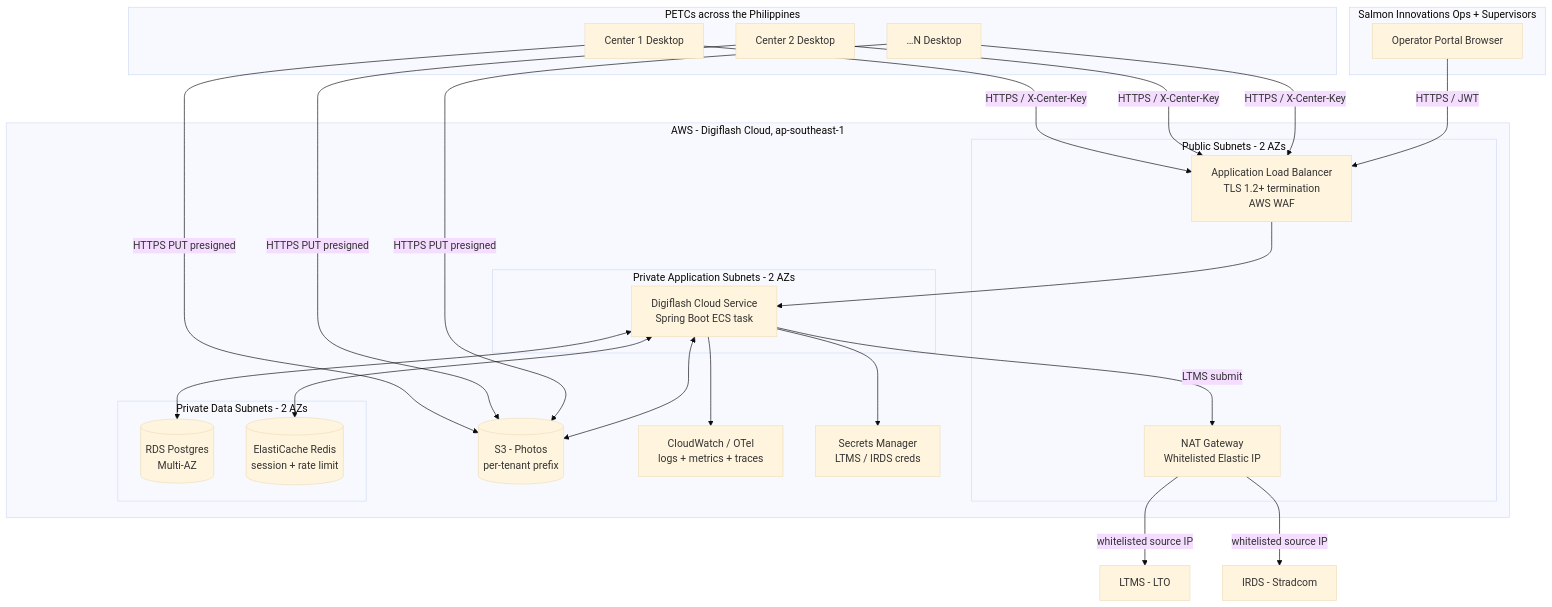
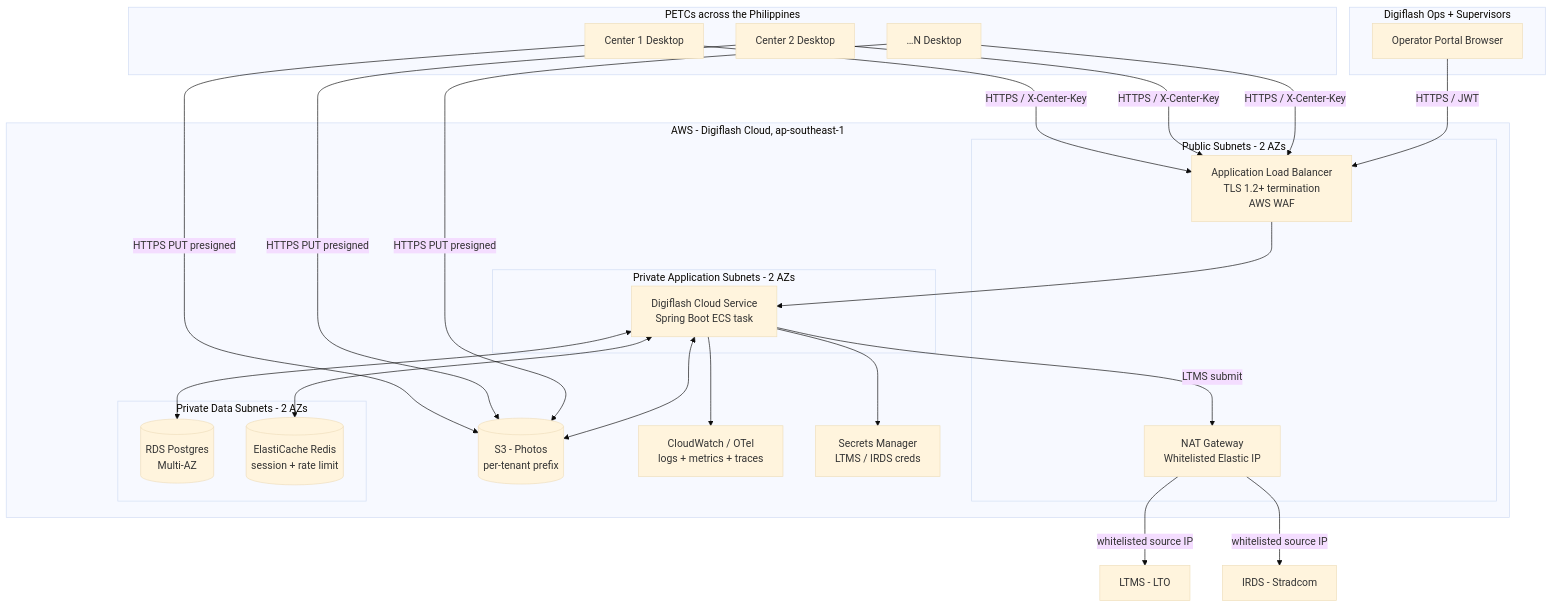
Before and after one commit to salmon-innovations/PETC: the first of 4 diagrams in docs/accreditation/06-network-architecture.md, drawn with Mermaid (base theme). The commit also changed other lines of this file and 19 other files, not shown here.

````diff
--- a/docs/accreditation/06-network-architecture.md
+++ b/docs/accreditation/06-network-architecture.md
@@ -54,53 +54,53 @@
 ```mermaid
 flowchart TB
     subgraph CENTERS[PETCs across the Philippines]
         D1[Center 1 Desktop]
         D2[Center 2 Desktop]
         D3[…N Desktop]
     end
 
-    subgraph OPS[Salmon Innovations Ops + Supervisors]
+    subgraph OPS[Digiflash Ops + Supervisors]
         BROWSER[Operator Portal Browser]
     end
 
     subgraph AWS[AWS - Digiflash Cloud, ap-southeast-1]
         subgraph PUB[Public Subnets - 2 AZs]
             ALB[Application Load Balancer<br/>TLS 1.2+ termination<br/>AWS WAF]
             NAT[NAT Gateway<br/>Whitelisted Elastic IP]
         end
 
         subgraph APP[Private Application Subnets - 2 AZs]
             SVC[Digiflash Cloud Service<br/>Spring Boot ECS task]
         end
 
         subgraph DATA[Private Data Subnets - 2 AZs]
             RDS[(RDS Postgres<br/>Multi-AZ)]
             REDIS[(ElastiCache Redis<br/>session + rate limit)]
         end
 
         S3[(S3 - Photos<br/>per-tenant prefix)]
         CW[CloudWatch / OTel<br/>logs + metrics + traces]
         SECRETS[Secrets Manager<br/>LTMS / IRDS creds]
     end
 
     LTMS[LTMS - LTO]
     IRDS[IRDS - Stradcom]
 
     D1 -- HTTPS / X-Center-Key --> ALB
     D2 -- HTTPS / X-Center-Key --> ALB
     D3 -- HTTPS / X-Center-Key --> ALB
     BROWSER -- HTTPS / JWT --> ALB
     D1 -- HTTPS PUT presigned --> S3
     D2 -- HTTPS PUT presigned --> S3
     D3 -- HTTPS PUT presigned --> S3
 
     ALB --> SVC
     SVC <--> RDS
     SVC <--> REDIS
     SVC <--> S3
     SVC --> SECRETS
     SVC --> CW
     SVC -- LTMS submit --> NAT
     NAT -- whitelisted source IP --> LTMS
     NAT -- whitelisted source IP --> IRDS
 ```
````
